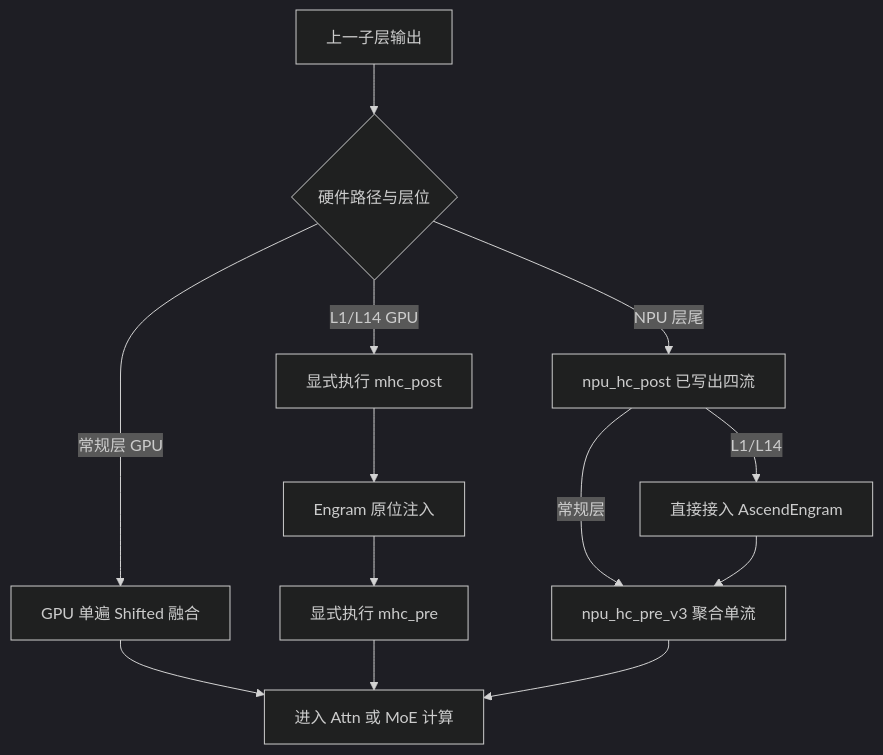
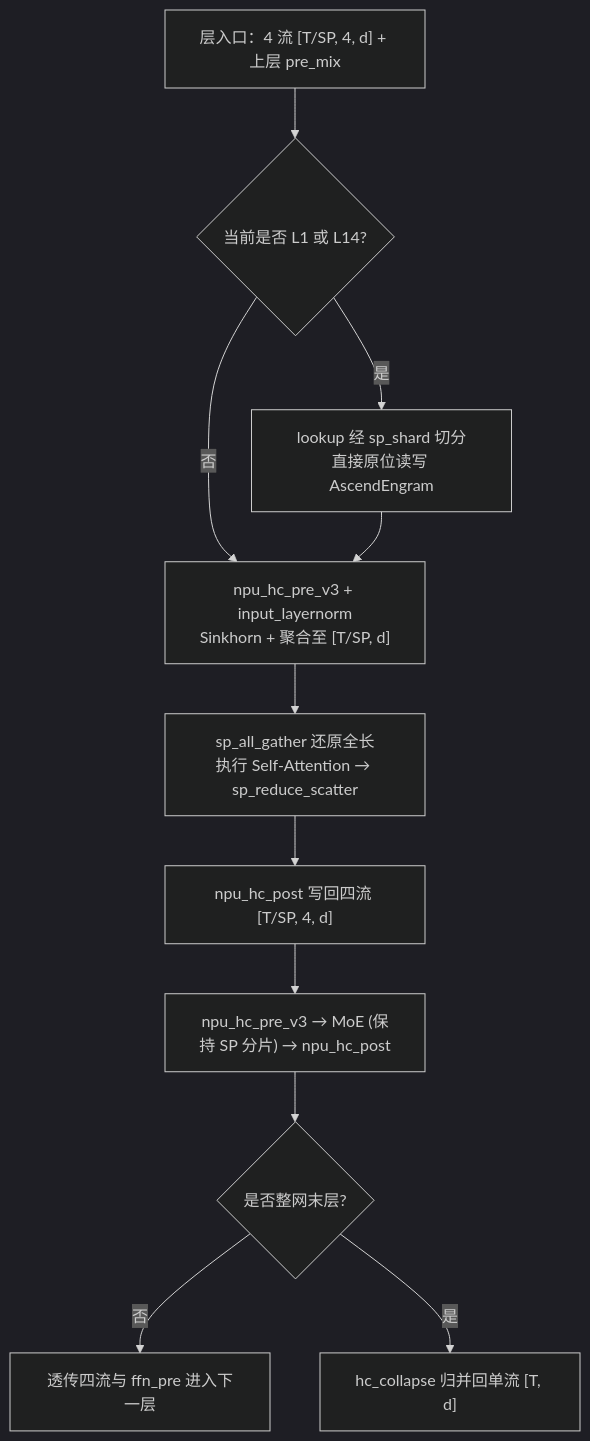
Before and after one commit to xingcanlee/infra-note: the third of 3 diagrams in src/content/posts/deepseek/08-mhc/index.mdx, drawn with Mermaid (dark theme). The commit also changed other lines of this file and 57 other files, not shown here.

Commit message:
feat(mhc,aclgraph): rewrite 08-mhc and aclgraph series with modular explainers, diagrams, and paper/blog references

````diff
--- a/src/content/posts/deepseek/08-mhc/index.mdx
+++ b/src/content/posts/deepseek/08-mhc/index.mdx
@@ -143,15 +436,13 @@
-```mermaid caption="图 5：V4.1 单遍延迟融合与第 1、14 层 Engram 边界控制流"
+```mermaid caption="图 13：vllm-ascend@b776261e 昇腾子层成对写回、SP 分片区间与 Engram 衔接路径"
 flowchart TD
-  PREV["上一子层输出"] --> CHECK{"硬件路径与层位"}
-  CHECK -->|"常规层 GPU"| SHIFT["GPU 单遍 Shifted 融合"]
-  CHECK -->|"L1/L14 GPU"| POST["显式执行 mhc_post"]
-  POST --> ENG["Engram 原位注入"]
-  ENG --> PRE["显式执行 mhc_pre"]
-  CHECK -->|"NPU 层尾"| NPU["npu_hc_post 已写出四流"]
-  NPU -->|"常规层"| NPUPRE["npu_hc_pre_v3 聚合单流"]
-  NPU -->|"L1/L14"| NPUENG["直接接入 AscendEngram"]
-  NPUENG --> NPUPRE
-  SHIFT --> NEXT["进入 Attn 或 MoE 计算"]
-  PRE --> NEXT
-  NPUPRE --> NEXT
+    IN["层入口：4 流 [T/SP, 4, d] + 上层 pre_mix"] --> CHK{"当前是否 L1 或 L14?"}
+    CHK -->|"是"| ENG["lookup 经 sp_shard 切分<br/>直接原位读写 AscendEngram"]
+    CHK -->|"否"| PRE["npu_hc_pre_v3 + input_layernorm<br/>Sinkhorn + 聚合至 [T/SP, d]"]
+    ENG --> PRE
+    PRE --> SP1["sp_all_gather 还原全长<br/>执行 Self-Attention → sp_reduce_scatter"]
+    SP1 --> POST1["npu_hc_post 写回四流 [T/SP, 4, d]"]
+    POST1 --> FFN["npu_hc_pre_v3 → MoE (保持 SP 分片) → npu_hc_post"]
+    FFN --> END{"是否整网末层?"}
+    END -->|"否"| NEXT["透传四流与 ffn_pre 进入下一层"]
+    END -->|"是"| COL["hc_collapse 归并回单流 [T, d]"]
 ```
````
